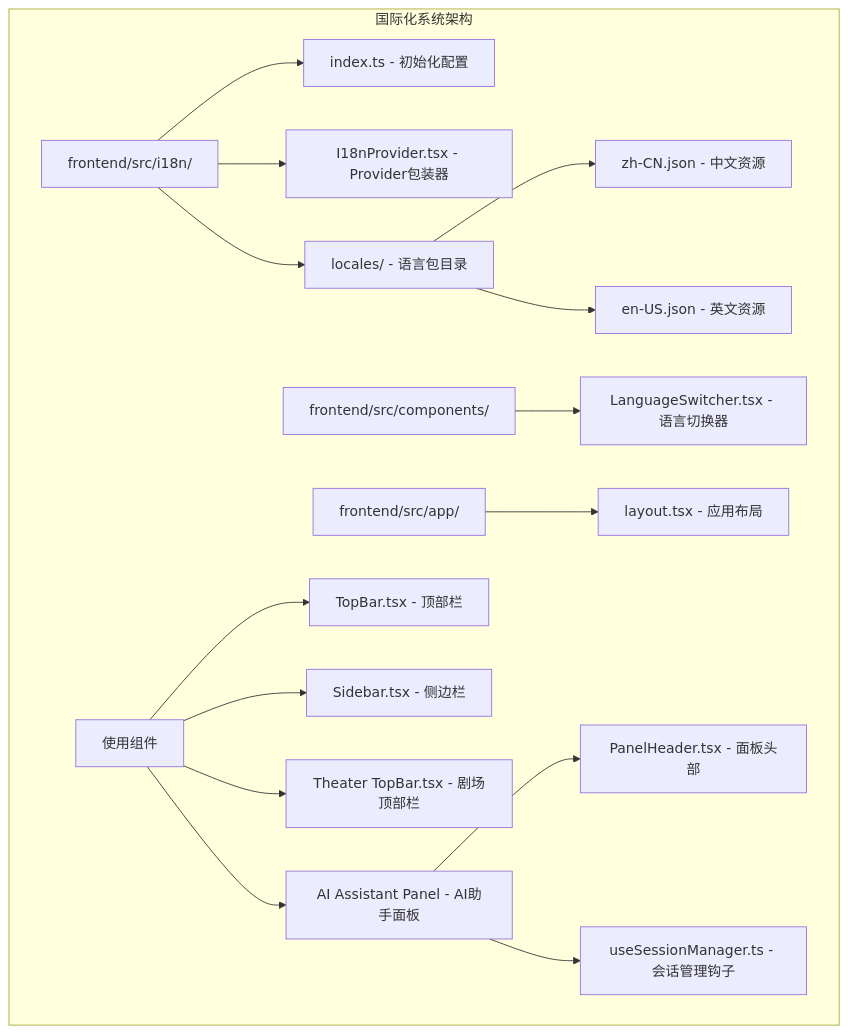
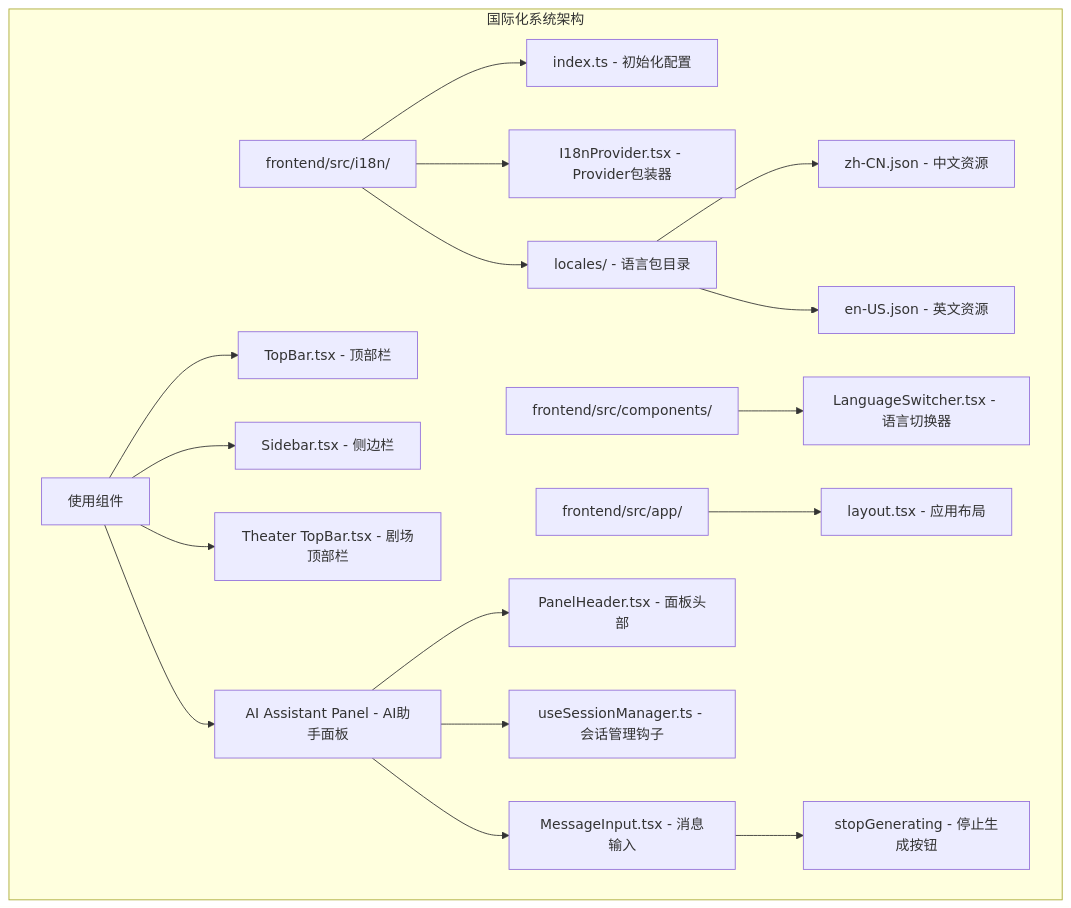
One commit to KunLabAI/KunFlix changed the first of 11 diagrams in .qoder/repowiki/zh/content/系统架构/前端架构/国际化系统/国际化系统.md. Above: the diagram before and after it, drawn with Mermaid. The commit also changed other lines of this file and 15 other files, not shown here.

````diff
--- a/.qoder/repowiki/zh/content/系统架构/前端架构/国际化系统/国际化系统.md
+++ b/.qoder/repowiki/zh/content/系统架构/前端架构/国际化系统/国际化系统.md
@@ -50,18 +53,20 @@
 ```mermaid
 graph TB
 subgraph "国际化系统架构"
 A[frontend/src/i18n/] --> B[index.ts - 初始化配置]
 A --> C[I18nProvider.tsx - Provider包装器]
 A --> D[locales/ - 语言包目录]
 D --> E[zh-CN.json - 中文资源]
 D --> F[en-US.json - 英文资源]
 G[frontend/src/components/] --> H[LanguageSwitcher.tsx - 语言切换器]
 I[frontend/src/app/] --> J[layout.tsx - 应用布局]
 K[使用组件] --> L[TopBar.tsx - 顶部栏]
 K --> M[Sidebar.tsx - 侧边栏]
 K --> N[Theater TopBar.tsx - 剧场顶部栏]
 K --> O[AI Assistant Panel - AI助手面板]
 O --> P[PanelHeader.tsx - 面板头部]
 O --> Q[useSessionManager.ts - 会话管理钩子]
+O --> R[MessageInput.tsx - 消息输入]
+R --> S[stopGenerating - 停止生成按钮]
 end
 ```
````
